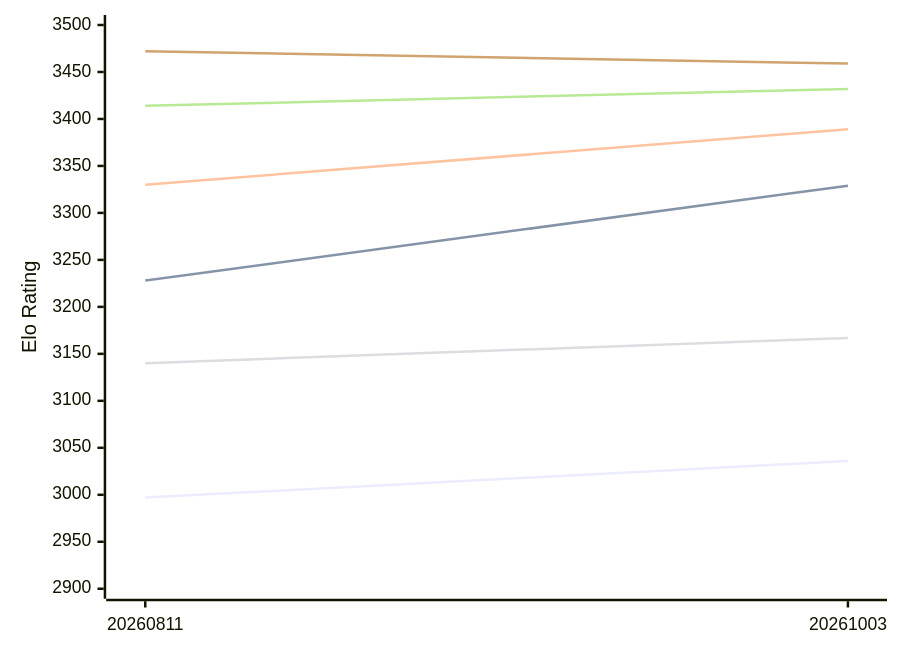
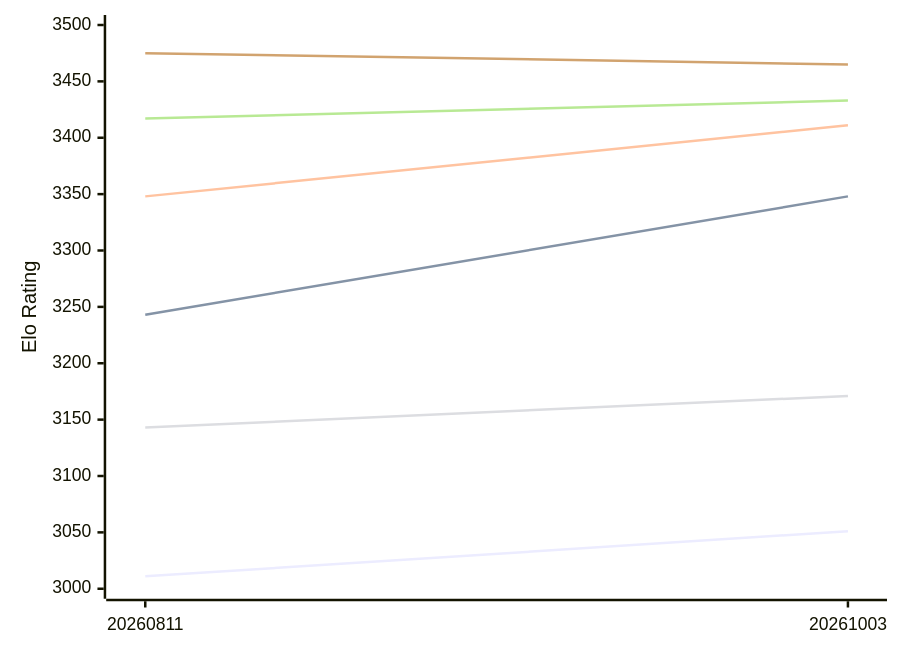
The first of 2 diagrams in engines/Askaig.md (computer-chess-index/cci), drawn with Mermaid before and after one commit. The commit also changed other lines of this file, not shown here.

Commit message:
Update CCI Ratings (ELO VLTC) - 2026-10-22

````diff
--- a/engines/Askaig.md
+++ b/engines/Askaig.md
@@ -52,12 +52,12 @@
 ```mermaid
 %%{init: {"theme":"base","themeVariables":{"seriesColors:['#a3a3a3','#222221','#faa371']}}}%%
 xychart-beta
   x-axis ["20260811", "20261003"]
-  y-axis "Elo Rating" 2900 --> 3500
-  line "E1: STC (8.0+0.08s)" [2997, 3036]
-  line "E1: LTC (60.0+0.60s)" [3228, 3329]
-  line "E1: VLTC (2m24s+1.12s)" [3330, 3389]
-  line "P1: STC (8.0+0.08s)" [3140, 3167]
-  line "P1: LTC (60.0+0.60s)" [3414, 3432]
-  line "P1: VLTC (2m24s+1.12s)" [3472, 3459]
+  y-axis "Elo Rating" 3000 --> 3500
+  line "E1: STC (8.0+0.08s)" [3011, 3051]
+  line "E1: LTC (60.0+0.60s)" [3243, 3348]
+  line "E1: VLTC (2m24s+1.12s)" [3348, 3411]
+  line "P1: STC (8.0+0.08s)" [3143, 3171]
+  line "P1: LTC (60.0+0.60s)" [3417, 3433]
+  line "P1: VLTC (2m24s+1.12s)" [3475, 3465]
 ```
````
